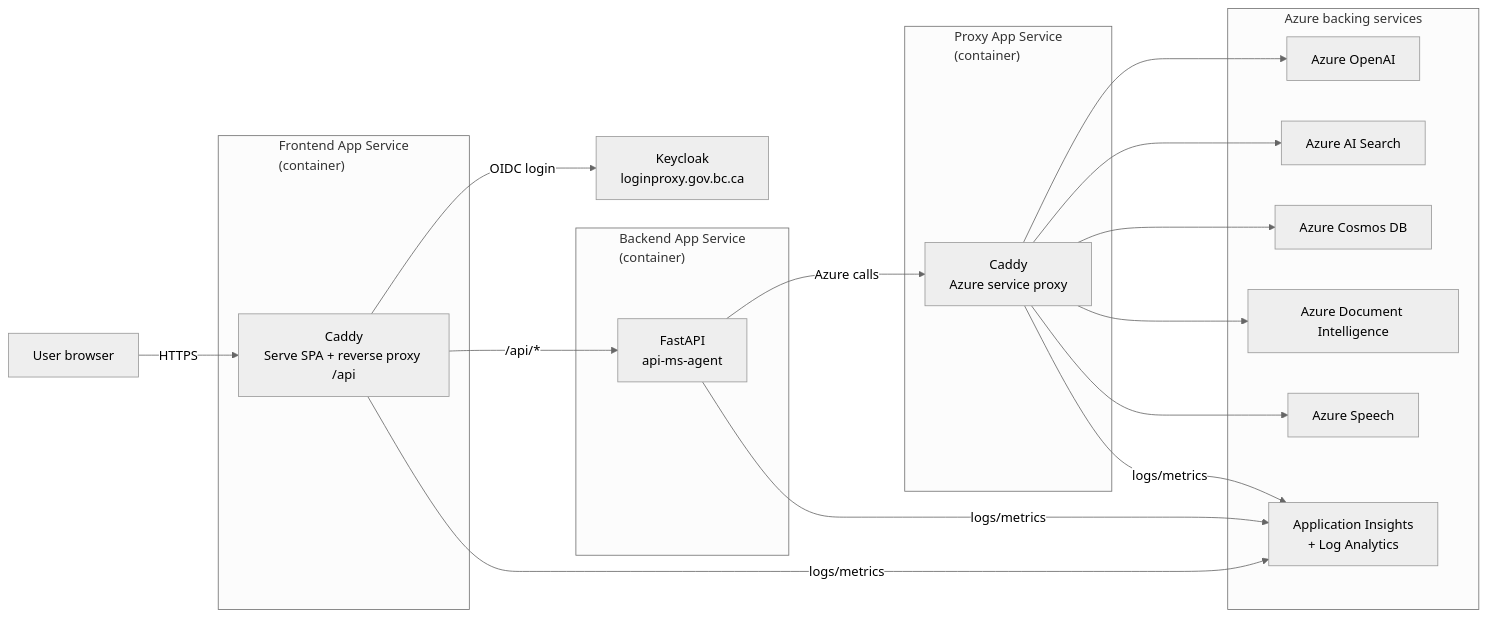
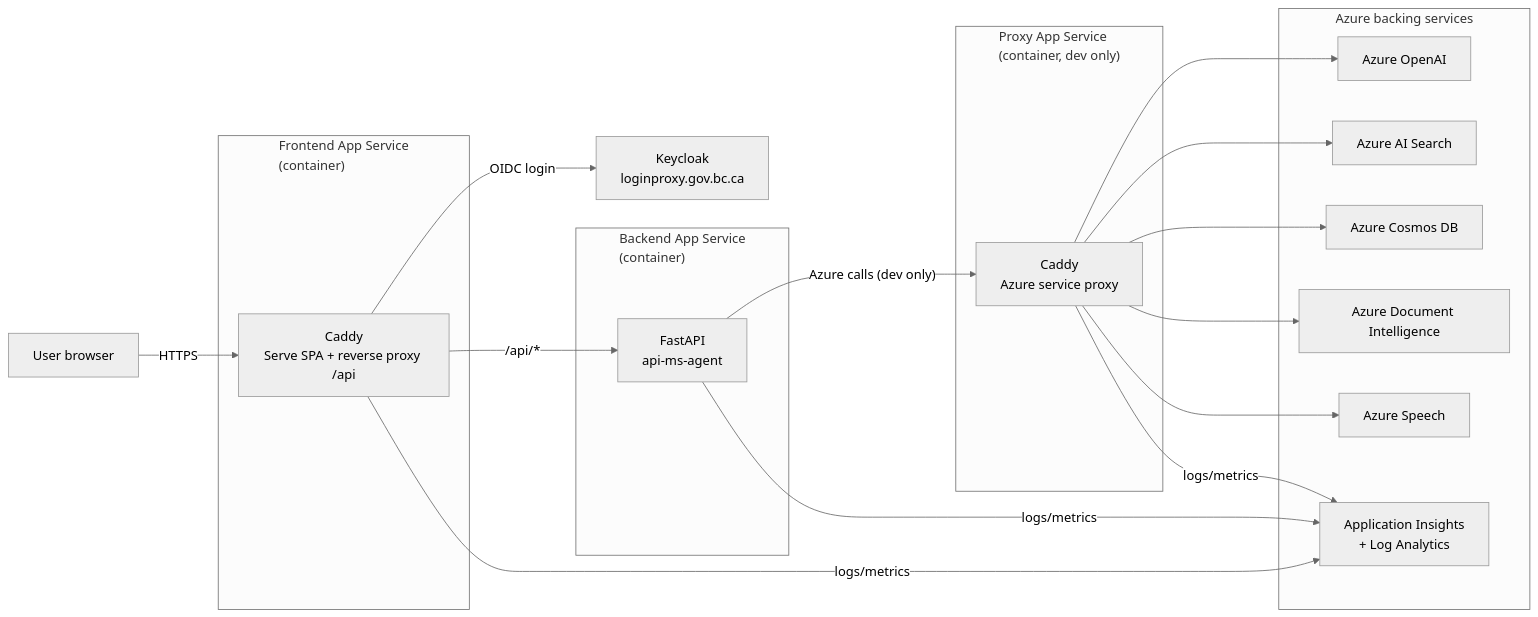
The first of 7 diagrams in docs/ARCHITECTURE_DEMO.md (bcgov/azure-ai-poc), drawn with Mermaid (neutral theme) before and after one commit. The commit also changed other lines of this file, not shown here.

Commit message:
updated docs to reflect that caddy proxy is dev only

````diff
--- a/docs/ARCHITECTURE_DEMO.md
+++ b/docs/ARCHITECTURE_DEMO.md
@@ -26,42 +26,42 @@
 ```mermaid
 flowchart LR
   U["User browser"]
 
   subgraph FE["Frontend App Service<br/>(container)"]
     F["Caddy<br/>Serve SPA + reverse proxy /api"]
   end
 
   subgraph BE["Backend App Service<br/>(container)"]
     A["FastAPI<br/>api-ms-agent"]
   end
 
-  subgraph PX["Proxy App Service<br/>(container)"]
+  subgraph PX["Proxy App Service<br/>(container, dev only)"]
     P["Caddy<br/>Azure service proxy"]
   end
 
   KC["Keycloak<br/>loginproxy.gov.bc.ca"]
 
   subgraph AZ["Azure backing services"]
     OAI["Azure OpenAI"]
     AIS["Azure AI Search"]
     COS["Azure Cosmos DB"]
     DI["Azure Document Intelligence"]
     SP["Azure Speech"]
     MON["Application Insights<br/>+ Log Analytics"]
   end
 
   U -->|"HTTPS"| F
   F -->|"OIDC login"| KC
   F -->|"/api/*"| A
 
-  A -->|"Azure calls"| P
+  A -->|"Azure calls (dev only)"| P
   P --> OAI
   P --> AIS
   P --> COS
   P --> DI
   P --> SP
 
   A -->|"logs/metrics"| MON
   F -->|"logs/metrics"| MON
   P -->|"logs/metrics"| MON
 ```
````
